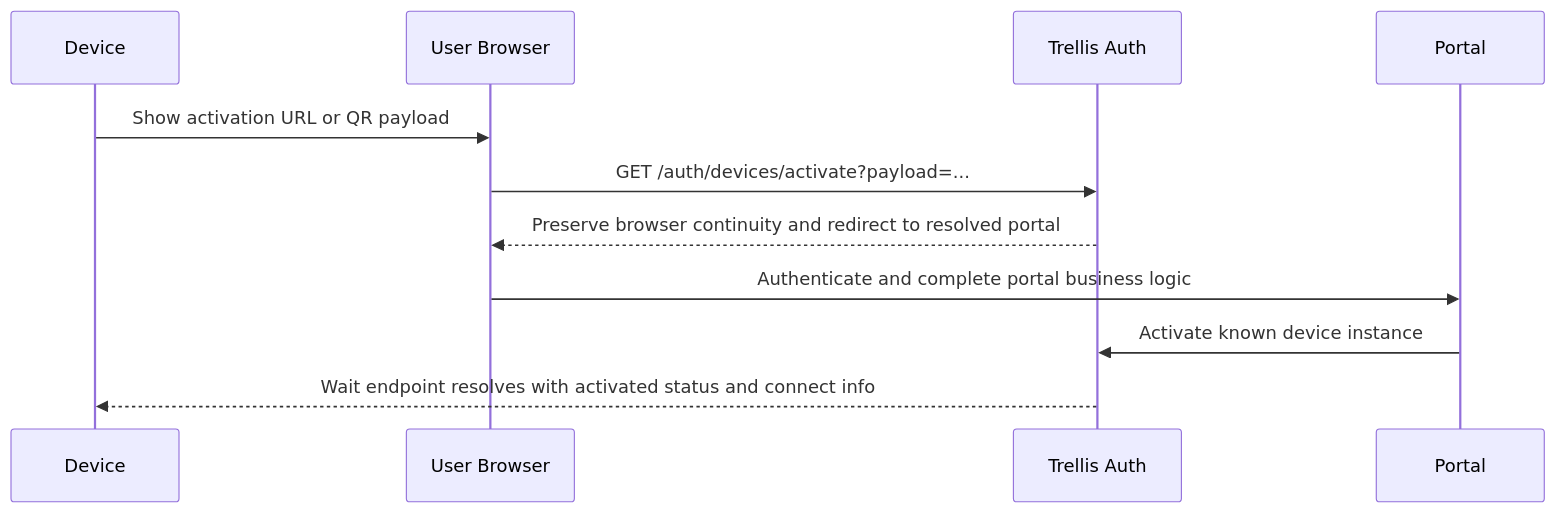
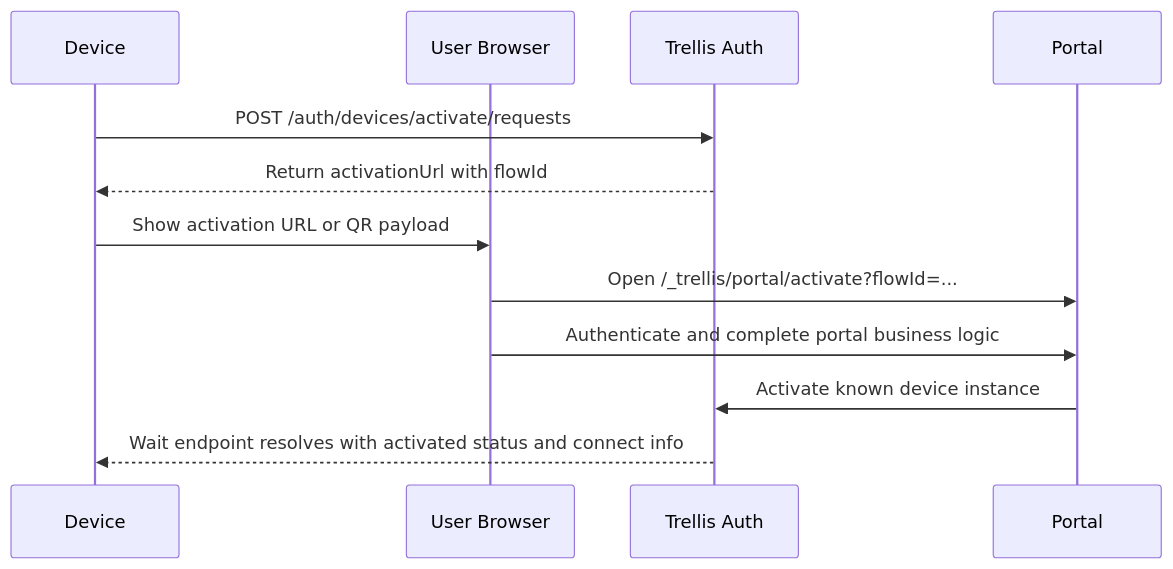
One commit to Qlever-LLC/trellis changed the diagram in design/auth/device-activation.md. Above: the diagram before and after it, drawn with Mermaid. The commit also changed other lines of this file and 61 other files, not shown here.

First line of the commit message:
fix(auth): unify device activation on flow ids

````diff
--- a/design/auth/device-activation.md
+++ b/design/auth/device-activation.md
@@ -142,14 +183,15 @@
 ```mermaid
 sequenceDiagram
     participant W as Device
     participant U as User Browser
     participant T as Trellis Auth
     participant P as Portal
 
+    W->>T: POST /auth/devices/activate/requests
+    T-->>W: Return activationUrl with flowId
     W->>U: Show activation URL or QR payload
-    U->>T: GET /auth/devices/activate?payload=...
-    T-->>U: Preserve browser continuity and redirect to resolved portal
+    U->>P: Open /_trellis/portal/activate?flowId=...
     U->>P: Authenticate and complete portal business logic
     P->>T: Activate known device instance
     T-->>W: Wait endpoint resolves with activated status and connect info
 ```
````
